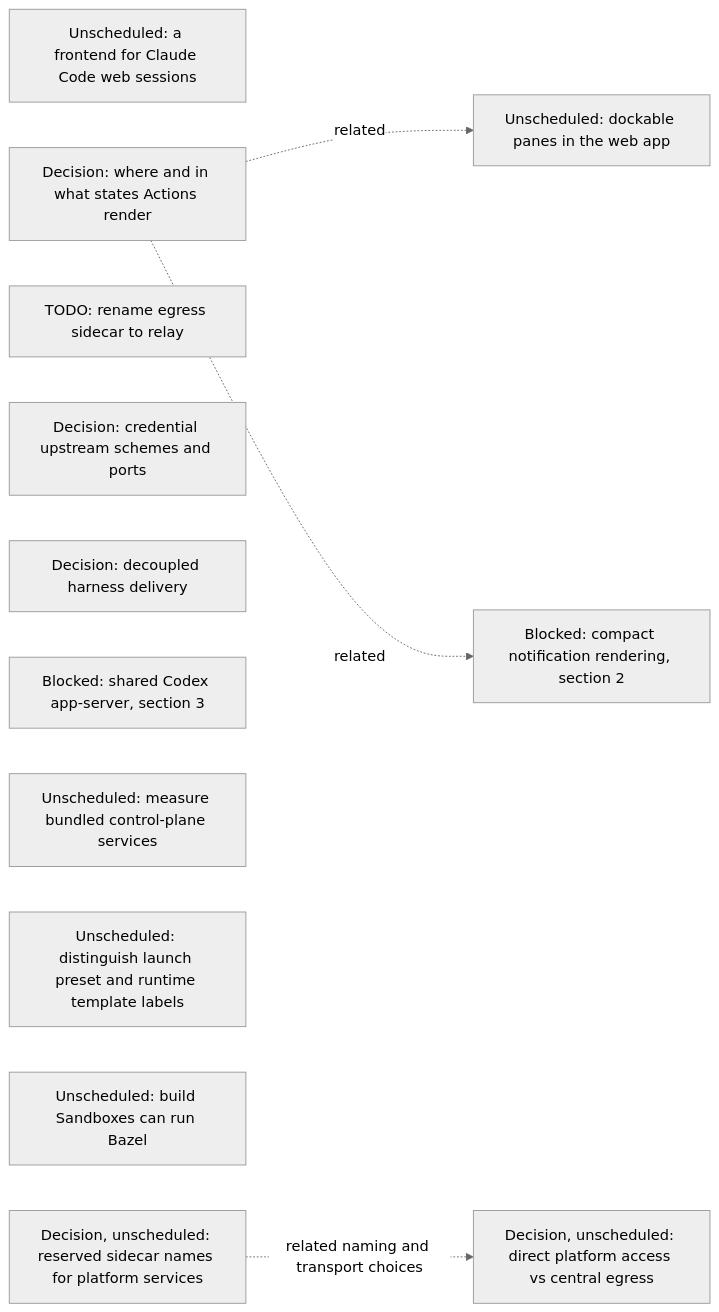
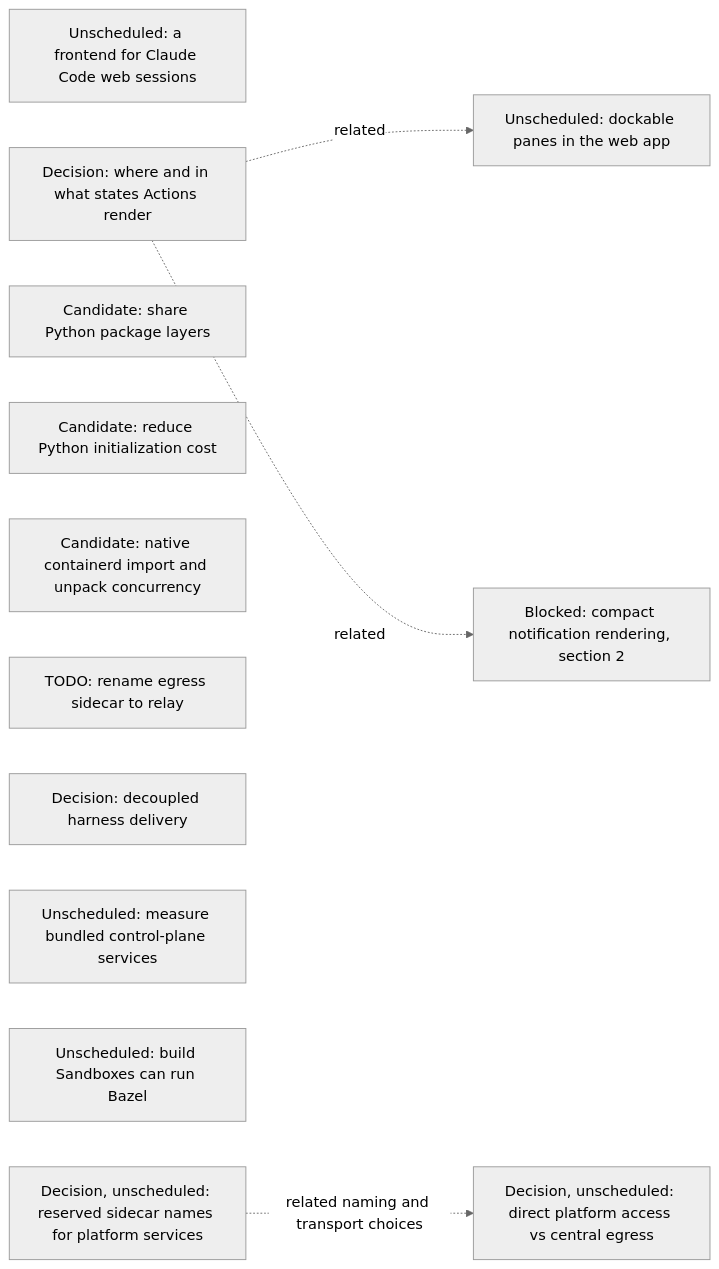
One commit to agentydragon/ducktape changed the seventh of 16 diagrams in agentplane/plans/task_dag.md. Above: the diagram before and after it, drawn with Mermaid (neutral theme). The commit also changed other lines of this file, not shown here.

````diff
--- a/agentplane/plans/task_dag.md
+++ b/agentplane/plans/task_dag.md
@@ -789,19 +794,19 @@
 ```mermaid
 flowchart LR
     CLAUDE_CODE_WEB_BRIDGE[Unscheduled: a frontend for Claude Code web sessions]
     ACTION_SURFACES_DESIGN[Decision: where and in what states Actions render]
+    K3S_SHARED_PACKAGE_LAYERS[Candidate: share Python package layers]
+    K3S_PYTHON_INITIALIZATION[Candidate: reduce Python initialization cost]
+    K3S_IMPORT_CONCURRENCY[Candidate: native containerd import and unpack concurrency]
     EGRESS_RELAY_RENAME[TODO: rename egress sidecar to relay]
-    EGRESS_CREDENTIAL_TRANSPORT_DESIGN[Decision: credential upstream schemes and ports]
     RUNNER_HARNESS_DELIVERY_DESIGN[Decision: decoupled harness delivery]
-    RUNNER_CODEX_SHARED_PROCESS[Blocked: shared Codex app-server, section 3]
     K3S_BUNDLED_SERVICES_SPIKE[Unscheduled: measure bundled control-plane services]
     DOCKABLE_PANES[Unscheduled: dockable panes in the web app]
     ACTION_SURFACES_DESIGN -. related .-> DOCKABLE_PANES
     NOTIFICATION_PRESENTATION[Blocked: compact notification rendering, section 2]
     ACTION_SURFACES_DESIGN -. related .-> NOTIFICATION_PRESENTATION
-    SANDBOX_FORM_TERMINOLOGY[Unscheduled: distinguish launch preset and runtime template labels]
     BUILD_BOX_BAZEL[Unscheduled: build Sandboxes can run Bazel]
     PLATFORM_SERVICE_NAMES_DESIGN[Decision, unscheduled: reserved sidecar names for platform services]
     PLATFORM_SERVICE_ROUTING_DESIGN[Decision, unscheduled: direct platform access vs central egress]
     PLATFORM_SERVICE_NAMES_DESIGN -. related naming and transport choices .-> PLATFORM_SERVICE_ROUTING_DESIGN
 ```
````
